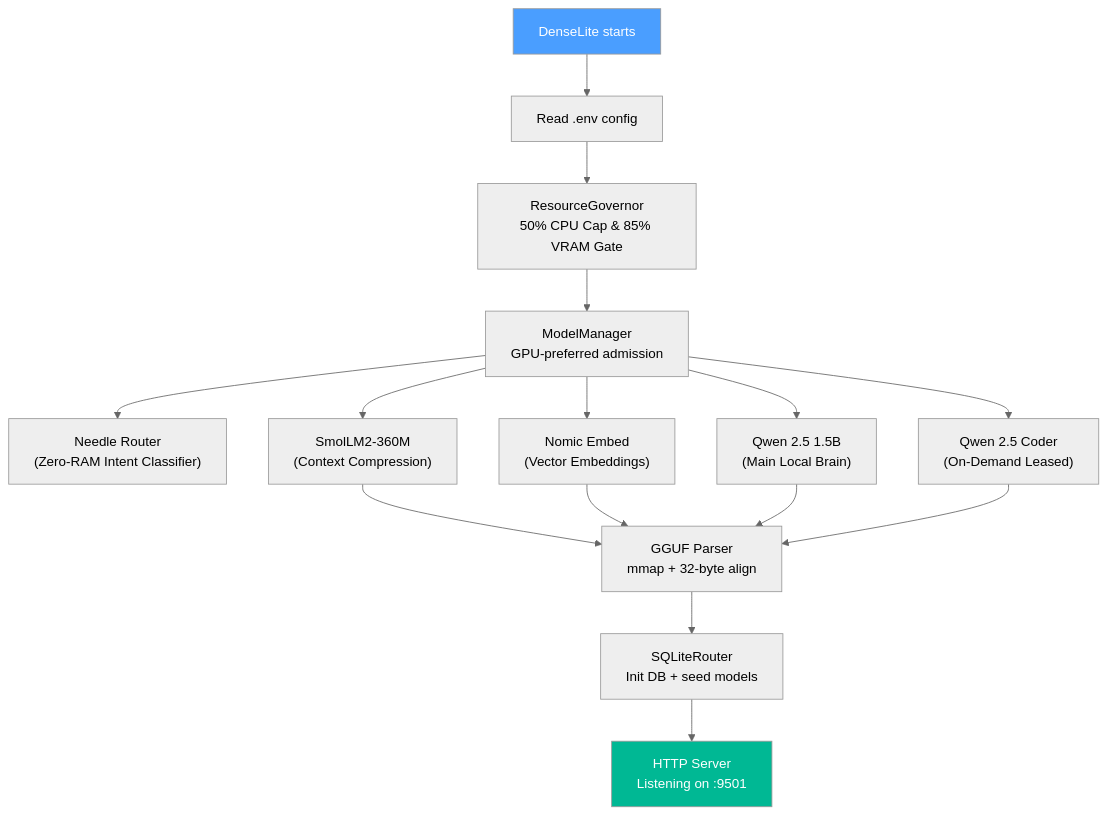
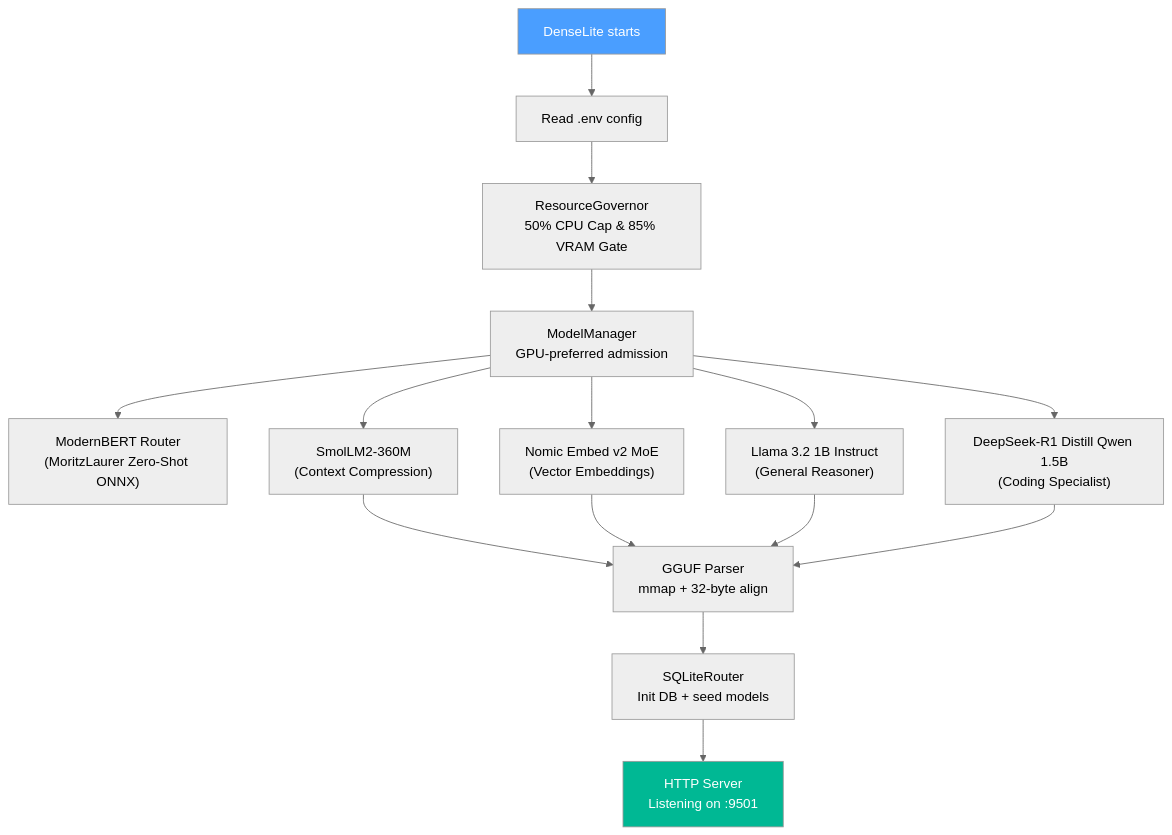
The third of 4 diagrams in README.md (ahtesham-clcbws/DenseLite), drawn with Mermaid (neutral theme) before and after one commit. The commit also changed other lines of this file and 10 other files, not shown here.

Commit message:
docs: align all documentation, diagrams, benchmarks and client guides with canonical model stack and Vulkan GPU resource management

````diff
--- a/README.md
+++ b/README.md
@@ -166,23 +166,23 @@
 ```mermaid
 flowchart TD
     A["DenseLite starts"] --> B["Read .env config"]
     B --> C["ResourceGovernor<br/>50% CPU Cap & 85% VRAM Gate"]
     C --> D["ModelManager<br/>GPU-preferred admission"]
 
-    D --> E["Needle Router<br/>(Zero-RAM Intent Classifier)"]
+    D --> E["ModernBERT Router<br/>(MoritzLaurer Zero-Shot ONNX)"]
     D --> F["SmolLM2-360M<br/>(Context Compression)"]
-    D --> G["Nomic Embed<br/>(Vector Embeddings)"]
-    D --> H["Qwen 2.5 1.5B<br/>(Main Local Brain)"]
-    D --> I["Qwen 2.5 Coder<br/>(On-Demand Leased)"]
+    D --> G["Nomic Embed v2 MoE<br/>(Vector Embeddings)"]
+    D --> H["Llama 3.2 1B Instruct<br/>(General Reasoner)"]
+    D --> I["DeepSeek-R1 Distill Qwen 1.5B<br/>(Coding Specialist)"]
 
     F --> J["GGUF Parser<br/>mmap + 32-byte align"]
     G --> J
     H --> J
     I --> J
 
     J --> K["SQLiteRouter<br/>Init DB + seed models"]
     K --> L["HTTP Server<br/>Listening on :9501"]
 
     style A fill:#4a9eff,color:#fff
     style L fill:#00b894,color:#fff
 ```
````
